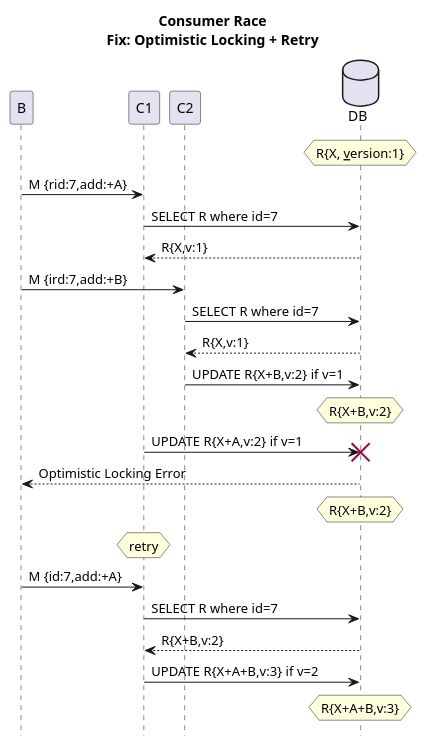
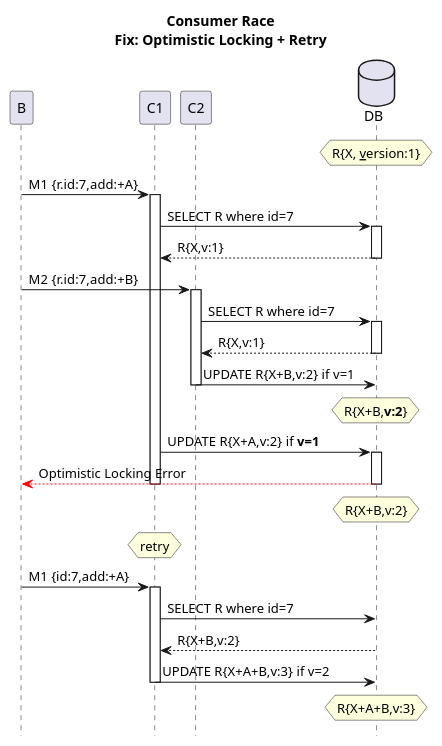
The diagram in patterns/3_race_c_c_[fix]optimistic_locking.puml (victorrentea/kafka), drawn with PlantUML before and after one commit. The commit also changed 43 other files, not shown here.

```diff
--- a/patterns/3_race_c_c_[fix]optimistic_locking.puml
+++ b/patterns/3_race_c_c_[fix]optimistic_locking.puml
@@ -1,25 +1,28 @@
 @startuml
 title Consumer Race\nFix: Optimistic Locking + Retry
 hide footbox
 database DB order 9
 
 hnote over DB: R{X, __v__ersion:1}
-B->C1: M {rid:7,add:+A}
-C1->DB: SELECT R where id=7
-C1<--DB: R{X,v:1}
-B->C2: M {ird:7,add:+B}
-C2->DB: SELECT R where id=7
-C2<--DB: R{X,v:1}
+B->C1++: M1 {r.id:7,add:+A}
+C1->DB++: SELECT R where id=7
+C1<--DB--: R{X,v:1}
+B->C2++: M2 {r.id:7,add:+B}
+C2->DB++: SELECT R where id=7
+C2<--DB--: R{X,v:1}
 C2->DB: UPDATE R{X+B,v:2} if v=1
-hnote over DB: R{X+B,v:2}
-C1->DB!!: UPDATE R{X+A,v:2} if v=1
-B<--DB: Optimistic Locking Error
+C2--
+hnote over DB: R{X+B,**v:2**}
+C1->DB++: UPDATE R{X+A,v:2} if **v=1**
+B<-[#red]-DB--: Optimistic Locking Error
+C1--
 hnote over DB: R{X+B,v:2}
 hnote over C1: retry
-B->C1: M {id:7,add:+A}
+B->C1++: M1 {id:7,add:+A}
 C1->DB: SELECT R where id=7
 C1<--DB: R{X+B,v:2}
 C1->DB: UPDATE R{X+A+B,v:3} if v=2
+C1--
 hnote over DB: R{X+A+B,v:3}
 
 @enduml
```
